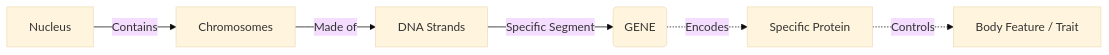
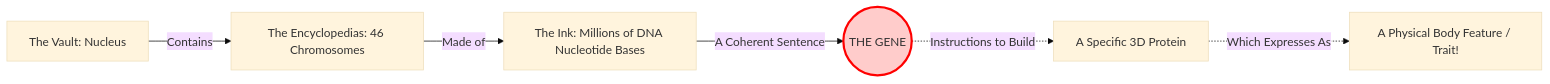
The diagram in Chapter_02_Tutorial/2.4_What_Are_Genes.md (naveengarla/icse-10th-biology), drawn with Mermaid (base theme) before and after one commit. The commit also changed other lines of this file and 7 other files, not shown here.

````diff
--- a/Chapter_02_Tutorial/2.4_What_Are_Genes.md
+++ b/Chapter_02_Tutorial/2.4_What_Are_Genes.md
@@ -13,8 +23,10 @@
 ```mermaid
 graph LR
-    A[Nucleus] -->|Contains| B[Chromosomes]
-    B -->|Made of| C[DNA Strands]
-    C -->|Specific Segment| D(GENE)
-    D -.->|Encodes| E[Specific Protein]
-    E -.->|Controls| F[Body Feature / Trait]
+    A[The Vault: Nucleus] -->|Contains| B[The Encyclopedias: 46 Chromosomes]
+    B -->|Made of| C[The Ink: Millions of DNA Nucleotide Bases]
+    C -->|A Coherent Sentence| D((THE GENE))
+    D -.->|Instructions to Build| E[A Specific 3D Protein]
+    E -.->|Which Expresses As| F[A Physical Body Feature / Trait!]
+    
+    style D fill:#ffcccb,stroke:#ff0000,stroke-width:3px
 ```
````
